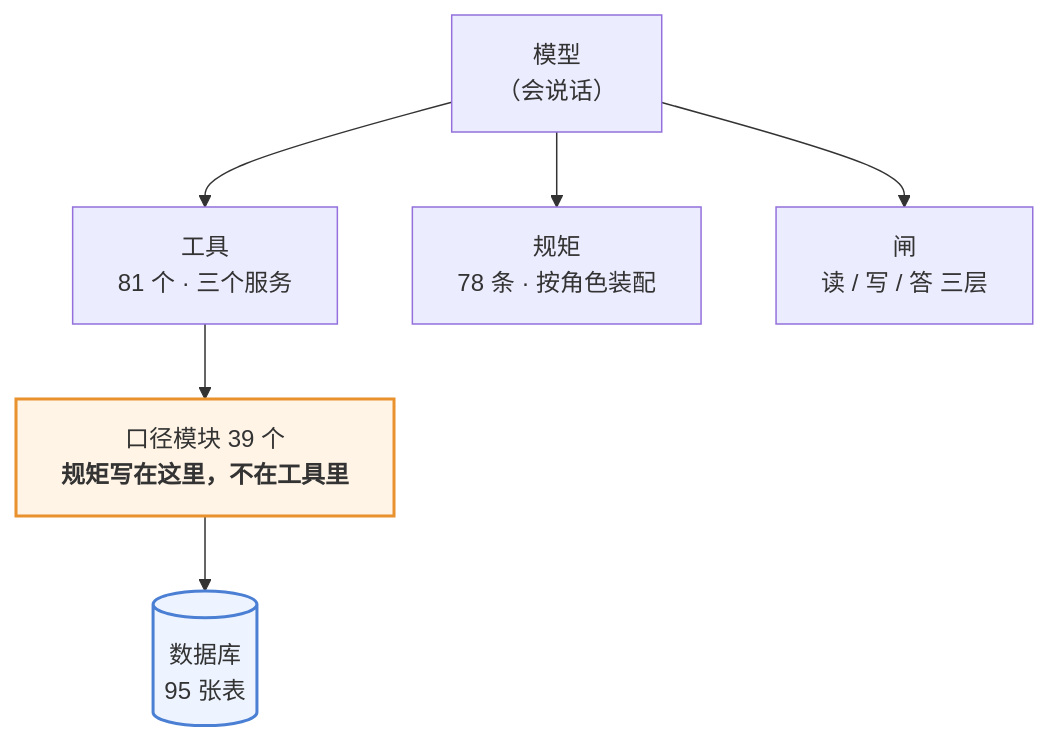
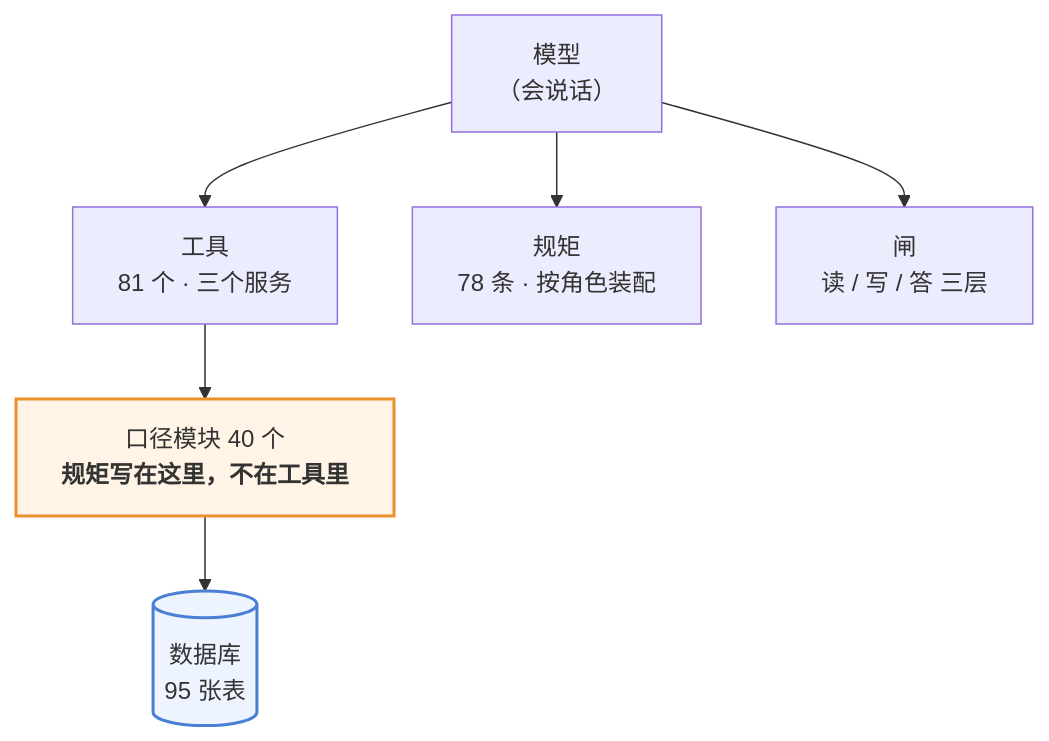
One commit to 843773296-rgb/lanxiu-yunshang-agent changed the first of 3 diagrams in 澜绣云裳agent-产品说明.md. Above: the diagram before and after it, drawn with Mermaid. The commit also changed other lines of this file and 8 other files, not shown here.

````diff
--- a/澜绣云裳agent-产品说明.md
+++ b/澜绣云裳agent-产品说明.md
@@ -62,12 +62,12 @@
 ```mermaid
 flowchart TD
     M["模型<br/>（会说话）"]
     M --> T["工具<br/>81 个 · 三个服务"]
     M --> R["规矩<br/>78 条 · 按角色装配"]
     M --> G["闸<br/>读 / 写 / 答 三层"]
-    T --> K["口径模块 39 个<br/><b>规矩写在这里，不在工具里</b>"]
+    T --> K["口径模块 40 个<br/><b>规矩写在这里，不在工具里</b>"]
     K --> DB[("数据库<br/>95 张表")]
 
     style K fill:#fff4e6,stroke:#e8912d,stroke-width:2px
     style DB fill:#eef4ff,stroke:#4a7fd4,stroke-width:2px
 ```
````
